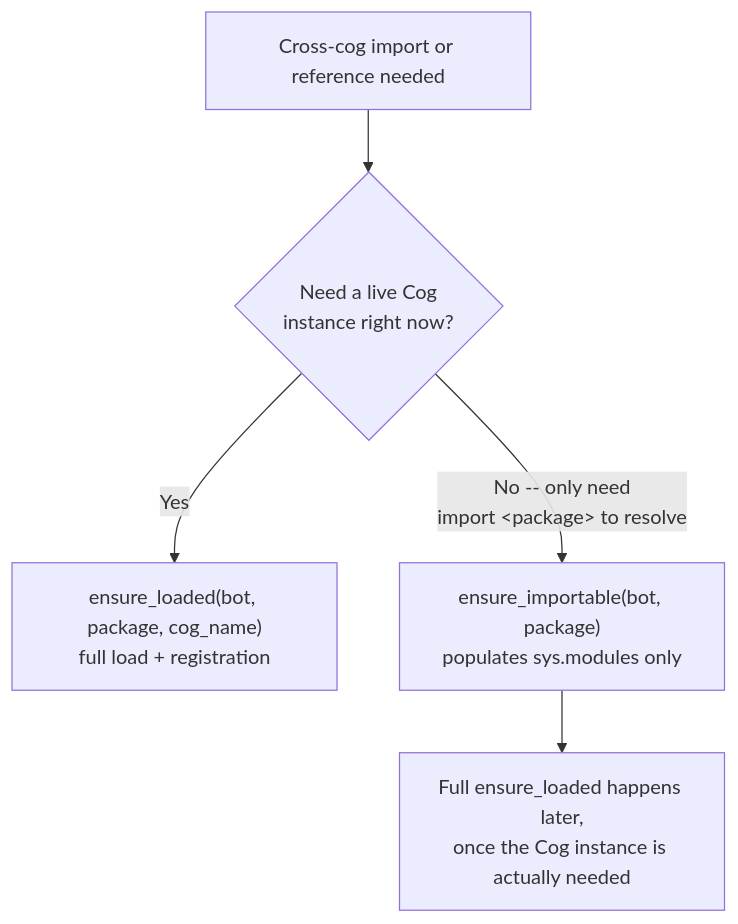
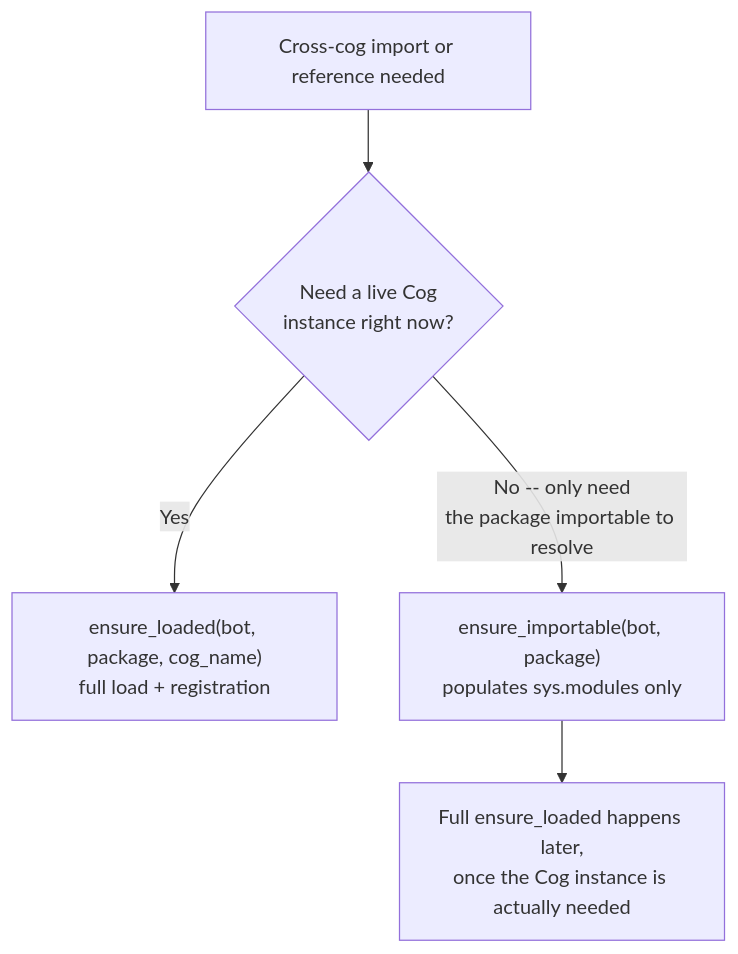
The first of 3 diagrams in docs/dependency-loading.md (pixel-agents-hq/pixel-agents-cogs), drawn with Mermaid before and after one commit. The commit also changed 8 other files, not shown here.

````diff
--- a/docs/dependency-loading.md
+++ b/docs/dependency-loading.md
@@ -42,7 +42,7 @@
 ```mermaid
 flowchart TD
     Start["Cross-cog import or reference needed"] --> Q{"Need a live Cog<br/>instance right now?"}
     Q -->|Yes| EL["ensure_loaded(bot, package, cog_name)<br/>full load + registration"]
-    Q -->|"No -- only need<br/>import &lt;package&gt; to resolve"| EI["ensure_importable(bot, package)<br/>populates sys.modules only"]
+    Q -->|"No -- only need<br/>the package importable to resolve"| EI["ensure_importable(bot, package)<br/>populates sys.modules only"]
     EI --> Later["Full ensure_loaded happens later,<br/>once the Cog instance is actually needed"]
 ```
````
